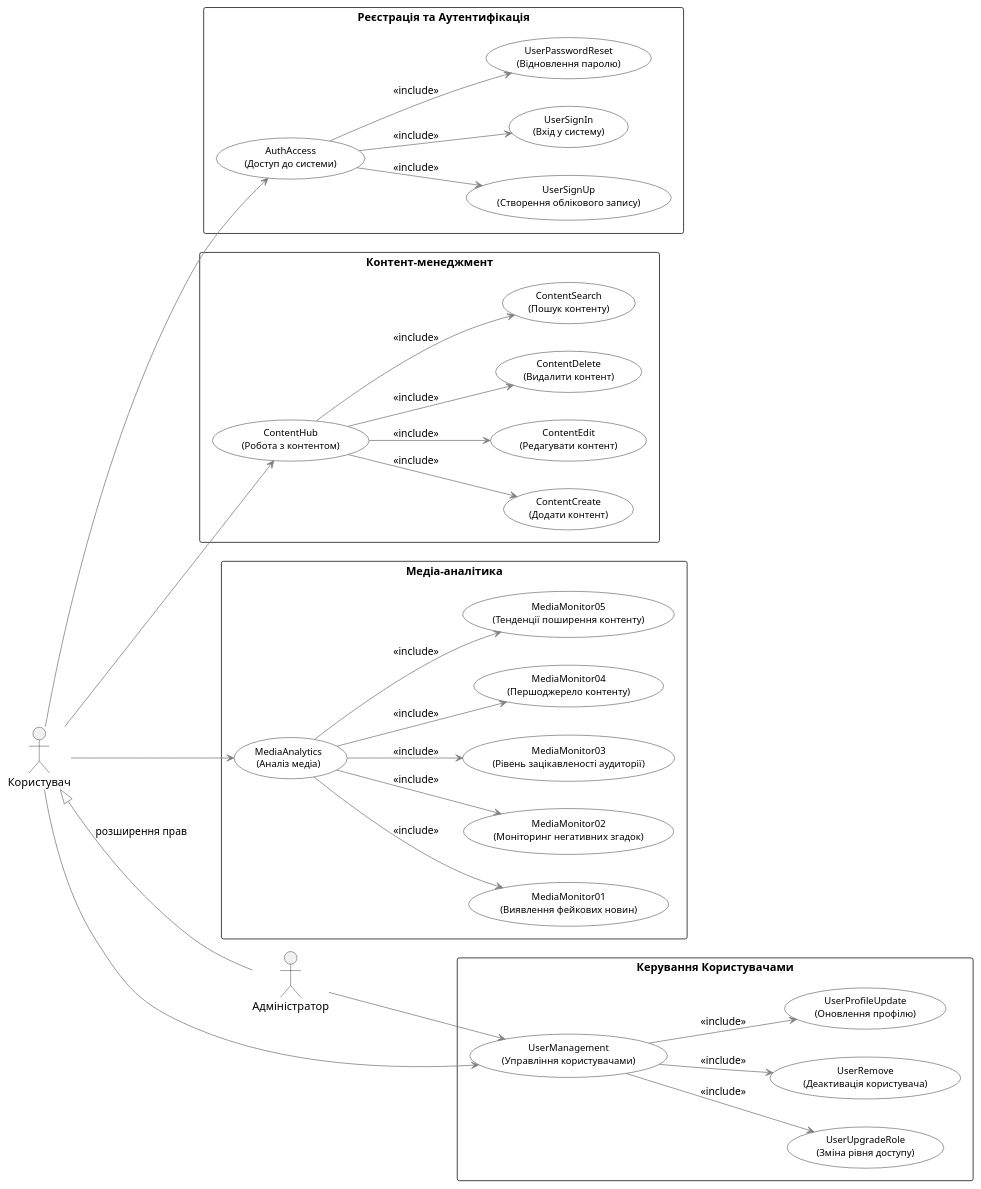
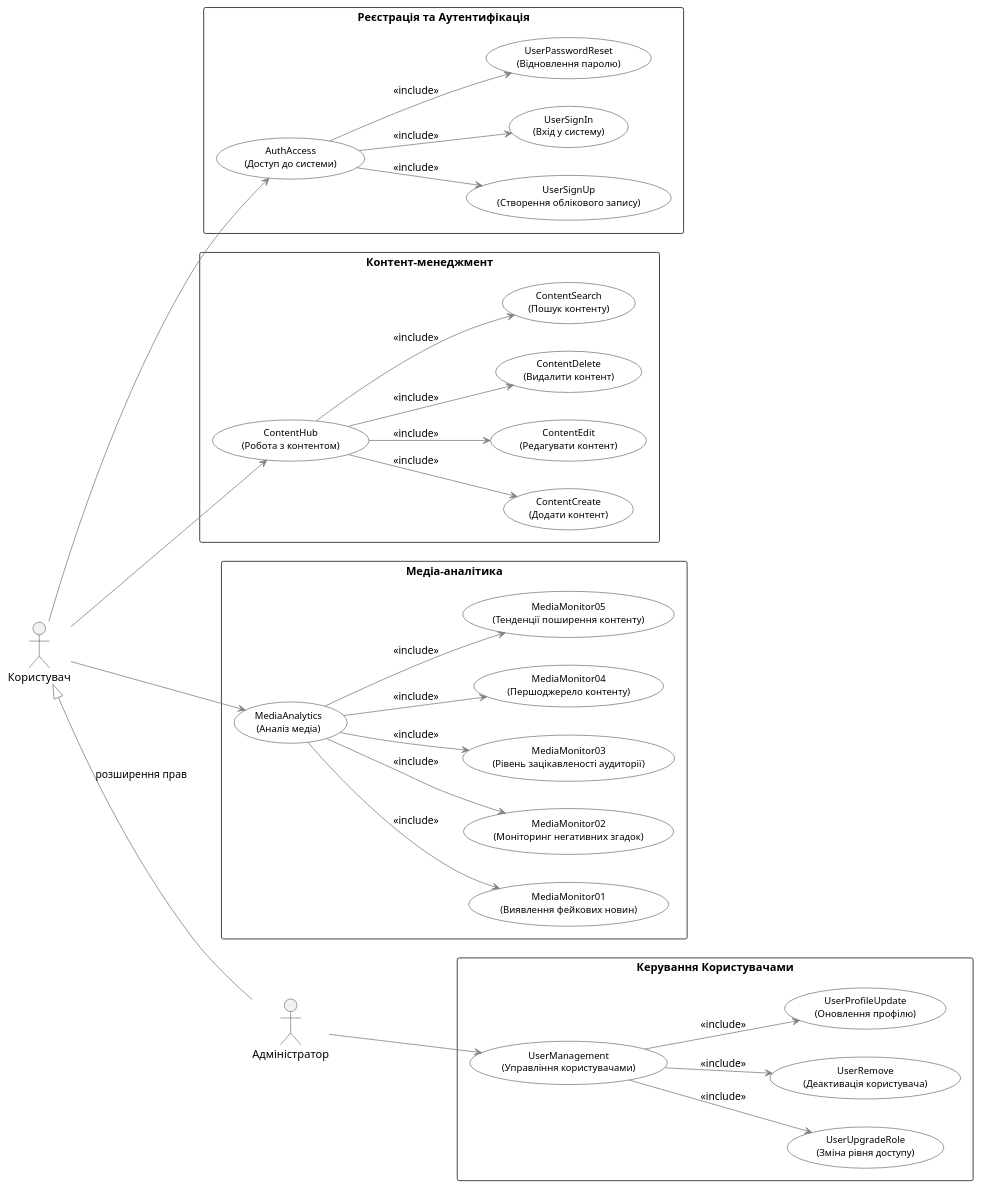
The first of 17 diagrams in docs/use cases/README.md (qweitqx/BD-lab66), drawn with PlantUML before and after one commit. The commit also changed other lines of this file, not shown here.

```diff
--- a/docs/use cases/README.md
+++ b/docs/use cases/README.md
@@ -84,80 +7,79 @@
 @startuml
 left to right direction
 skinparam packageStyle rectangle
 skinparam usecase {
   BackgroundColor White
   BorderColor Black
   ArrowColor Gray
   FontSize 12
 }
 
 actor "Користувач" as User
 actor "Адміністратор" as Admin
 User <|-- Admin : "розширення прав"
 
 ' ------------------- Use Case Groups -------------------
 
 package "Реєстрація та Аутентифікація" {
   usecase "AuthAccess\n(Доступ до системи)" as UC_AuthAccess
 
   usecase "UserSignUp\n(Створення облікового запису)" as UC_SignUp
   usecase "UserSignIn\n(Вхід у систему)" as UC_SignIn
   usecase "UserPasswordReset\n(Відновлення паролю)" as UC_Reset
 
   UC_AuthAccess --> UC_SignUp : <<include>>
   UC_AuthAccess --> UC_SignIn : <<include>>
   UC_AuthAccess --> UC_Reset : <<include>>
 }
 
 package "Керування Користувачами" {
   usecase "UserManagement\n(Управління користувачами)" as UC_UserMgmt
 
   usecase "UserUpgradeRole\n(Зміна рівня доступу)" as UC_Upgrade
   usecase "UserRemove\n(Деактивація користувача)" as UC_Remove
   usecase "UserProfileUpdate\n(Оновлення профілю)" as UC_Profile
 
   UC_UserMgmt --> UC_Upgrade : <<include>>
   UC_UserMgmt --> UC_Remove : <<include>>
   UC_UserMgmt --> UC_Profile : <<include>>
 }
 
 package "Контент-менеджмент" {
   usecase "ContentHub\n(Робота з контентом)" as UC_ContentHub
 
   usecase "ContentCreate\n(Додати контент)" as UC_ContentCreate
   usecase "ContentEdit\n(Редагувати контент)" as UC_ContentEdit
   usecase "ContentDelete\n(Видалити контент)" as UC_ContentDelete
   usecase "ContentSearch\n(Пошук контенту)" as UC_ContentSearch
 
   UC_ContentHub --> UC_ContentCreate : <<include>>
   UC_ContentHub --> UC_ContentEdit : <<include>>
   UC_ContentHub --> UC_ContentDelete : <<include>>
   UC_ContentHub --> UC_ContentSearch : <<include>>
 }
 
 package "Медіа-аналітика" {
   usecase "MediaAnalytics\n(Аналіз медіа)" as UC_MediaHub
 
   usecase "MediaMonitor01\n(Виявлення фейкових новин)" as UC_MediaFake
   usecase "MediaMonitor02\n(Моніторинг негативних згадок)" as UC_MediaNeg
   usecase "MediaMonitor03\n(Рівень зацікавленості аудиторії)" as UC_MediaEngage
   usecase "MediaMonitor04\n(Першоджерело контенту)" as UC_MediaSource
   usecase "MediaMonitor05\n(Тенденції поширення контенту)" as UC_MediaTrends
 
   UC_MediaHub --> UC_MediaFake : <<include>>
   UC_MediaHub --> UC_MediaNeg : <<include>>
   UC_MediaHub --> UC_MediaEngage : <<include>>
   UC_MediaHub --> UC_MediaSource : <<include>>
   UC_MediaHub --> UC_MediaTrends : <<include>>
 }
 
 ' ------------------- Actors associations -------------------
 
 User --> UC_AuthAccess
-User --> UC_UserMgmt
 User --> UC_ContentHub
 User --> UC_MediaHub
 
 Admin --> UC_UserMgmt
 
 @enduml
```
